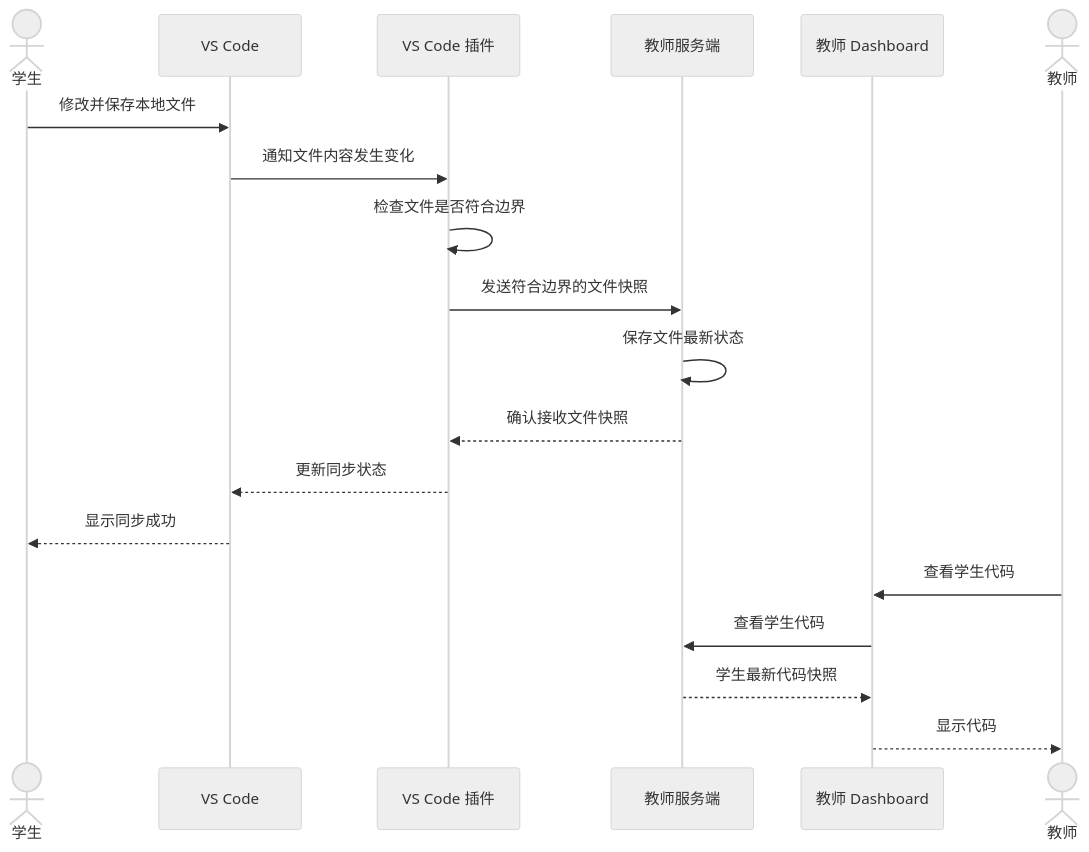
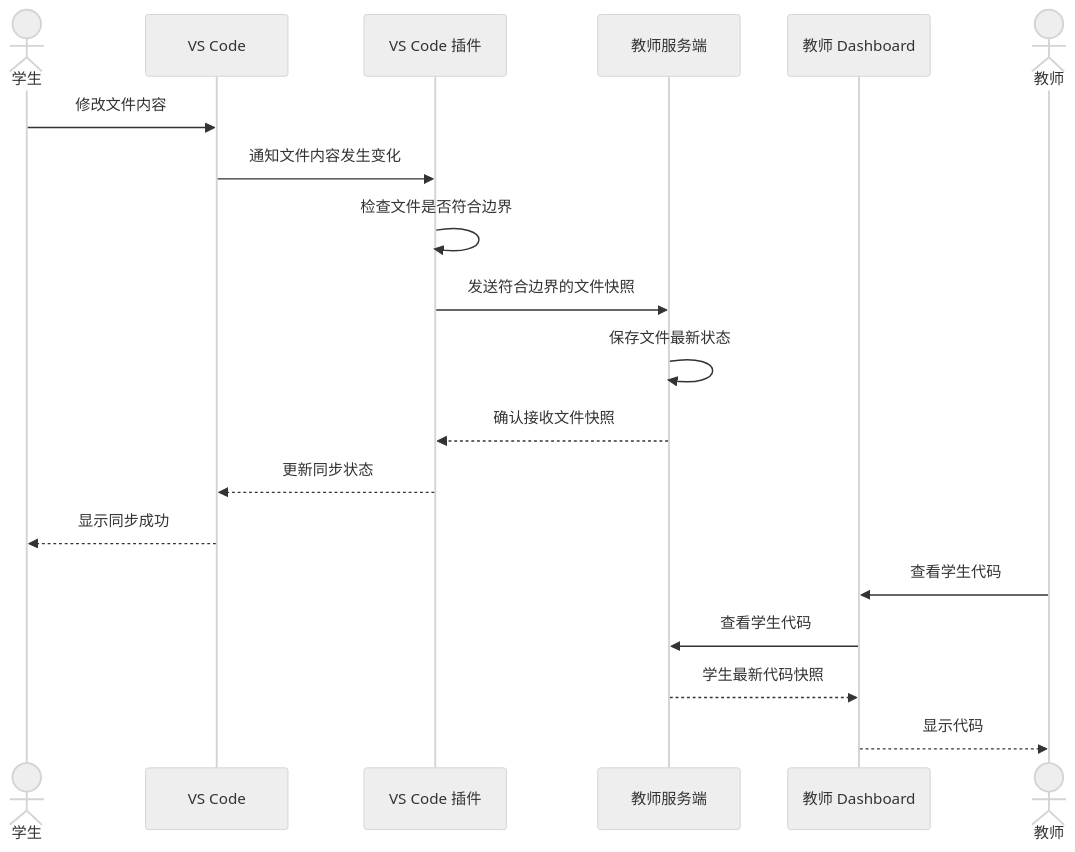
Before and after one commit to CH3CH2OH-Ethanol/codepulse: the diagram in docs/architecture/code-update-sequence.md, drawn with Mermaid (neutral theme). The commit also changed 10 other files, not shown here.

````diff
--- a/docs/architecture/code-update-sequence.md
+++ b/docs/architecture/code-update-sequence.md
@@ -5,22 +5,22 @@
 ```mermaid
 sequenceDiagram
     actor student as 学生
     participant vscode as VS Code
     participant extension as VS Code 插件
     participant server as 教师服务端
     participant dashboard as 教师 Dashboard
     actor teacher as 教师
 
-    student->>vscode: 修改并保存本地文件
+    student->>vscode: 修改文件内容
     vscode->>extension: 通知文件内容发生变化
     extension->>extension: 检查文件是否符合边界
     extension->>server: 发送符合边界的文件快照
     server->>server: 保存文件最新状态
     server-->>extension: 确认接收文件快照
     extension-->>vscode: 更新同步状态
     vscode-->>student: 显示同步成功
     teacher->>dashboard: 查看学生代码
     dashboard->>server: 查看学生代码
     server-->>dashboard: 学生最新代码快照
     dashboard-->>teacher: 显示代码
 ```
````
